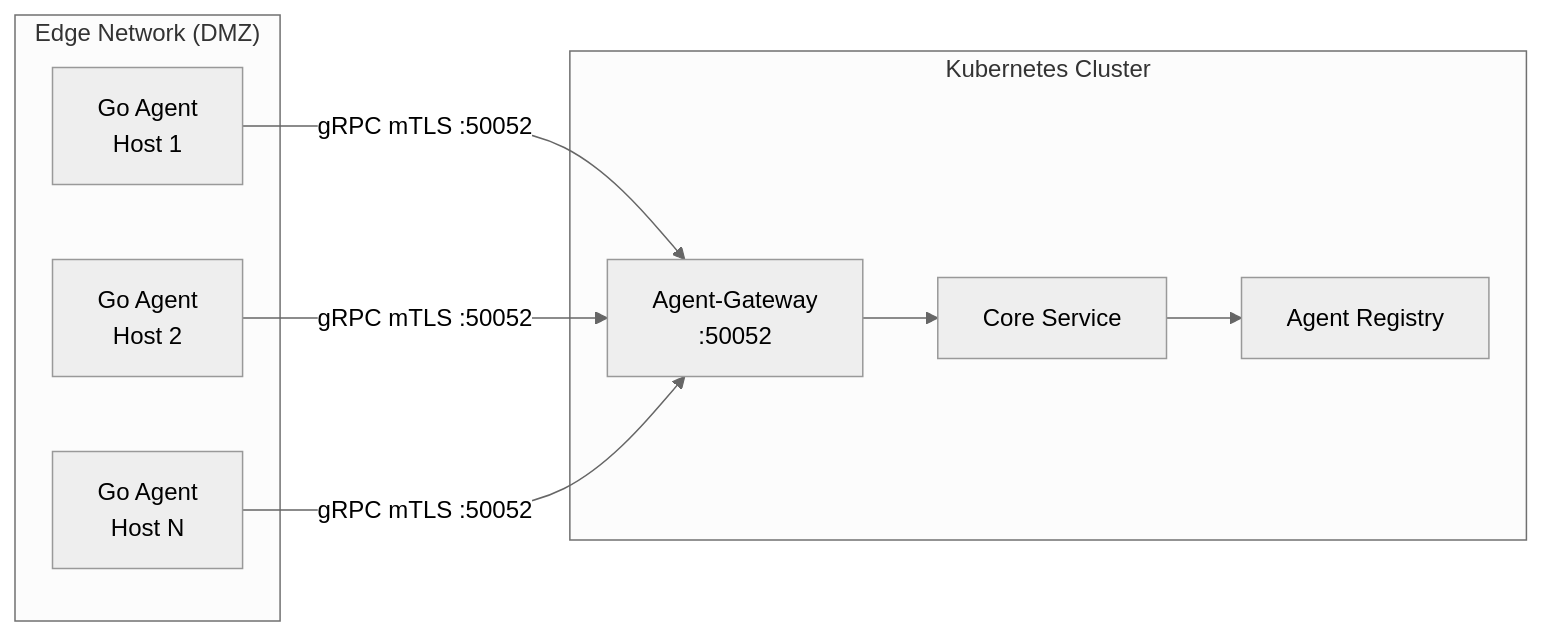
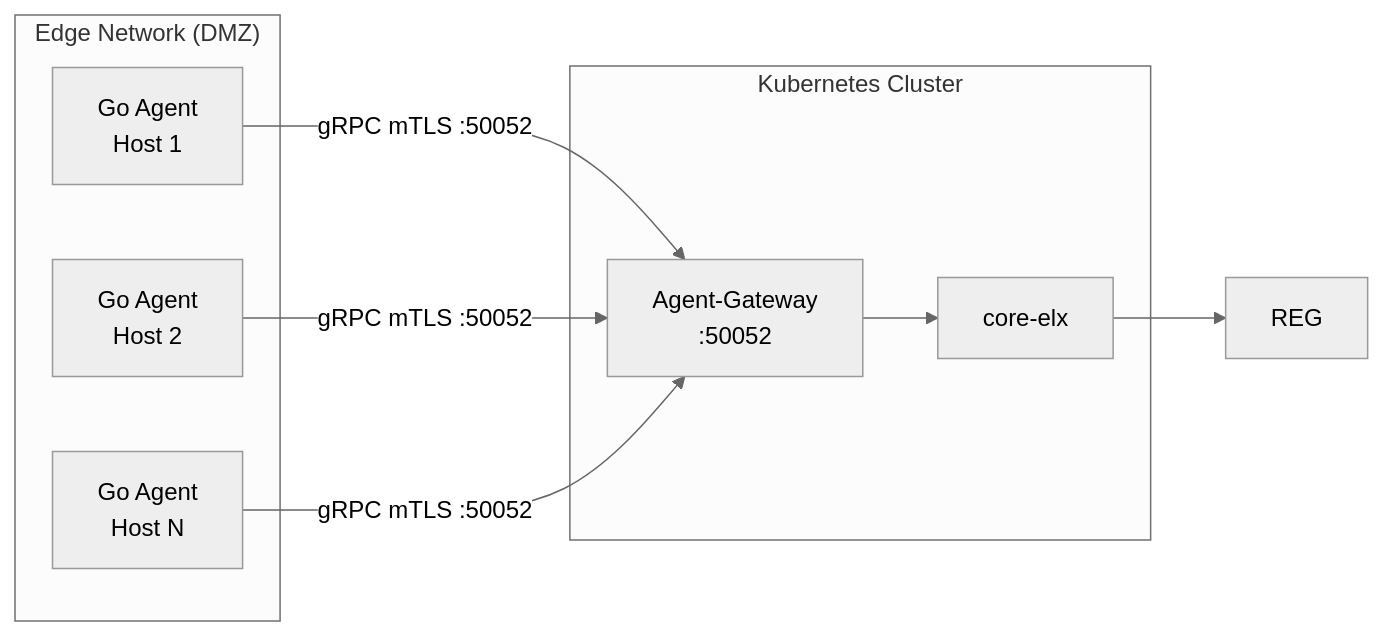
One commit to carverauto/serviceradar changed the diagram in docs/docs/edge-agents.md. Above: the diagram before and after it, drawn with Mermaid (neutral theme). The commit also changed other lines of this file and 12 other files, not shown here.

````diff
--- a/docs/docs/edge-agents.md
+++ b/docs/docs/edge-agents.md
@@ -12,20 +12,19 @@
 ```mermaid
 flowchart LR
     subgraph Edge["Edge Network (DMZ)"]
         GA1[Go Agent<br/>Host 1]
         GA2[Go Agent<br/>Host 2]
         GA3[Go Agent<br/>Host N]
     end
 
     subgraph Cluster["Kubernetes Cluster"]
         GW[Agent-Gateway<br/>:50052]
-        CORE[Core Service]
-        REG[Agent Registry]
+        CORE[core-elx]
     end
 
     GA1 -->|gRPC mTLS :50052| GW
     GA2 -->|gRPC mTLS :50052| GW
     GA3 -->|gRPC mTLS :50052| GW
     GW --> CORE
     CORE --> REG
 ```
````
